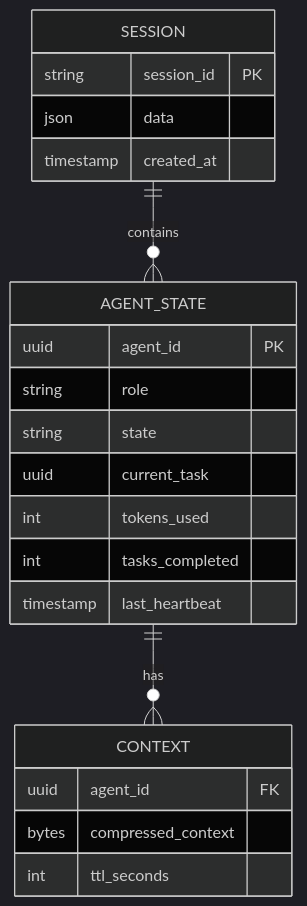
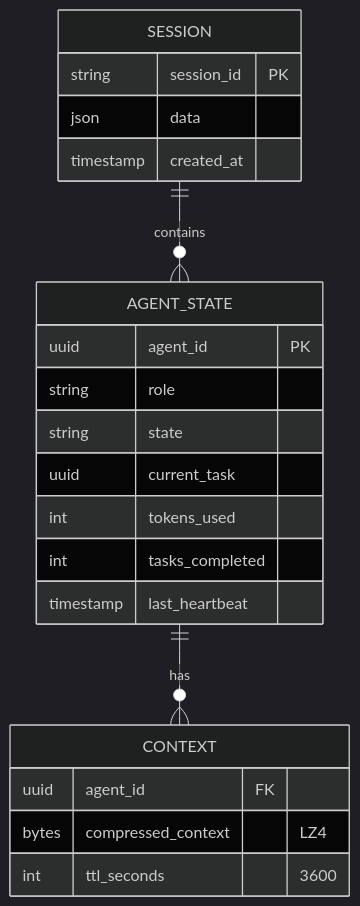
Before and after one commit to mjhcompany/cca: the eighth of 19 diagrams in docs/architecture.md, drawn with Mermaid (dark theme). The commit also changed other lines of this file and 43 other files, not shown here.

````diff
--- a/docs/architecture.md
+++ b/docs/architecture.md
@@ -226,27 +347,27 @@
 ```mermaid
 erDiagram
     SESSION ||--o{ AGENT_STATE : contains
     AGENT_STATE ||--o{ CONTEXT : has
 
     SESSION {
         string session_id PK
         json data
         timestamp created_at
     }
 
     AGENT_STATE {
         uuid agent_id PK
         string role
         string state
         uuid current_task
         int tokens_used
         int tasks_completed
         timestamp last_heartbeat
     }
 
     CONTEXT {
         uuid agent_id FK
-        bytes compressed_context
-        int ttl_seconds
+        bytes compressed_context "LZ4"
+        int ttl_seconds "3600"
     }
 ```
````
